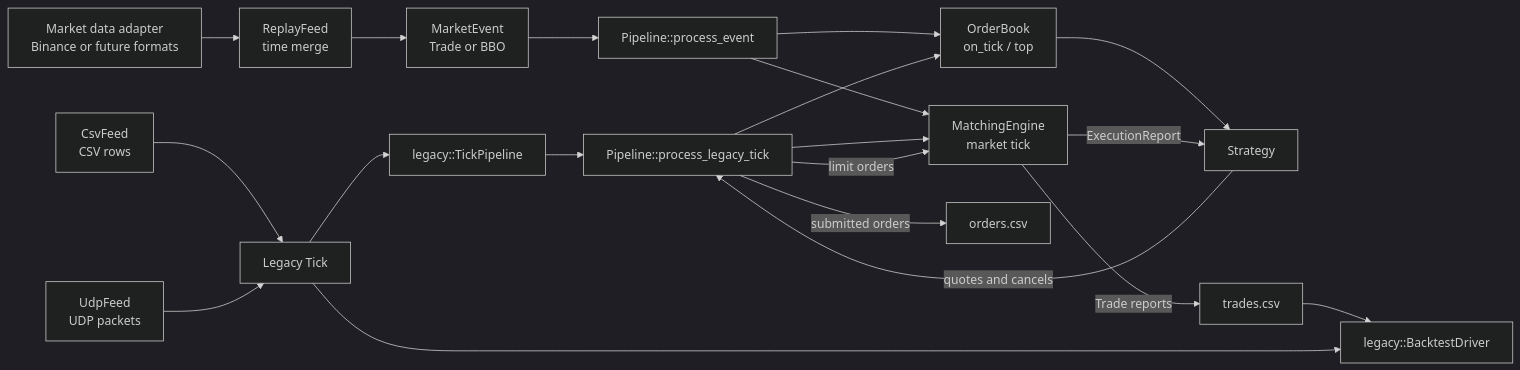
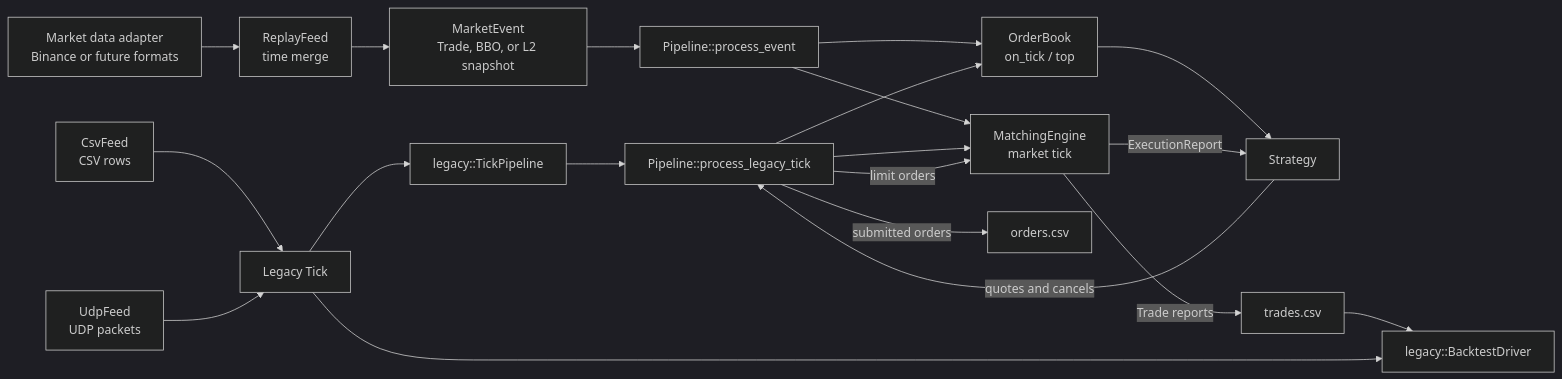
Before and after one commit to 12mango/ToyQuant-v1: the first of 4 diagrams in docs/ARCHITECTURE.md, drawn with Mermaid (dark theme). The commit also changed other lines of this file and 30 other files, not shown here.

````diff
--- a/docs/ARCHITECTURE.md
+++ b/docs/ARCHITECTURE.md
@@ -7,22 +7,22 @@
 ```mermaid
 flowchart LR
     CSV[CsvFeed\nCSV rows] --> T[Legacy Tick]
     UDP[UdpFeed\nUDP packets] --> T
     T --> LT[legacy::TickPipeline]
     BA[Market data adapter\nBinance or future formats] --> RF[ReplayFeed\ntime merge]
-    RF --> MEV[MarketEvent\nTrade or BBO]
+    RF --> MEV[MarketEvent\nTrade, BBO, or L2 snapshot]
     LT --> P[Pipeline::process_legacy_tick]
     MEV --> PE[Pipeline::process_event]
     PE --> OB
     PE --> ME
     P --> OB[OrderBook\non_tick / top]
     P --> ME[MatchingEngine\nmarket tick]
     OB --> S[Strategy]
     S -->|quotes and cancels| P
     P -->|limit orders| ME
     ME -->|ExecutionReport| S
     ME -->|Trade reports| TR[trades.csv]
     P -->|submitted orders| OR[orders.csv]
     TR --> BT[legacy::BacktestDriver]
     T --> BT
 ```
````
